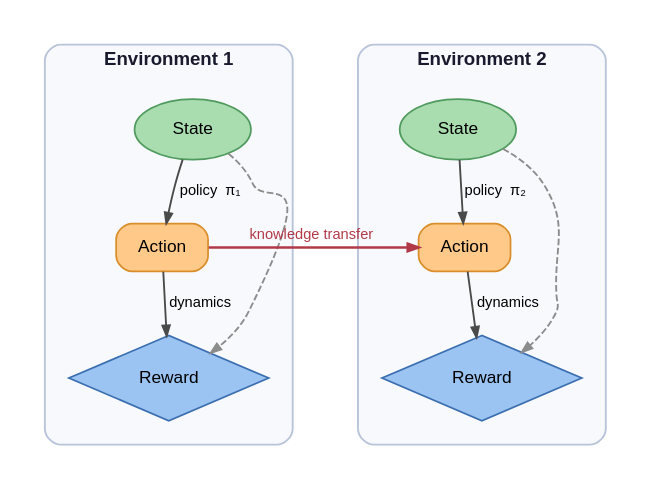
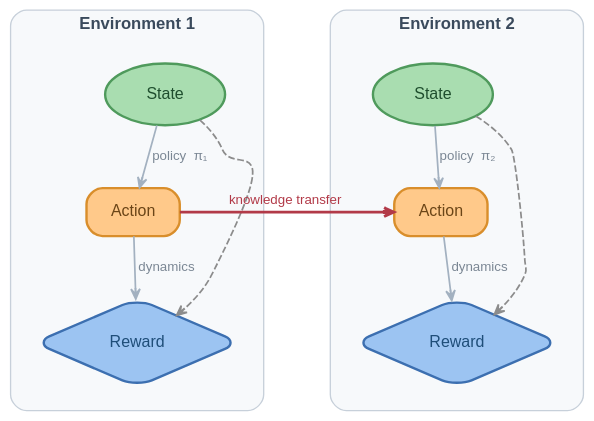
The third of 5 diagrams in .claude/templates/graphviz.template.md (causify-ai/helpers), drawn with Graphviz before and after one commit. The commit also changed other lines of this file and 86 other files, not shown here.

````diff
--- a/.claude/templates/graphviz.template.md
+++ b/.claude/templates/graphviz.template.md
@@ -340,49 +167,45 @@
 ```graphviz
 digraph Transfer {
+    bgcolor="transparent";
+    pad="0.15";
     rankdir=TB;
     splines=spline;
     nodesep=0.6;
     ranksep=0.5;
-    bgcolor="white";
     compound=true;
     newrank=true;
 
-    graph [
-        fontname="Helvetica",
-        pad="0.25"
-    ];
+    node [shape=box,
+          style="rounded,filled",
+          penwidth=1.8,
+          fontname="Helvetica",
+          fontsize=12,
+          margin="0.22,0.14",
+          height=0.50];
 
-    node [
-        fontname="Helvetica",
-        fontsize=13,
-        style="filled",
-        shape="box",
-        penwidth=1.3,
-        margin="0.18,0.12"
-    ];
-
-    edge [
-        fontname="Helvetica",
-        fontsize=11,
-        color="#4A4A4A",
-        penwidth=1.4,
-        arrowsize=0.8
-    ];
+    edge [color="#A3B1C0",
+          penwidth=1.3,
+          arrowhead=vee,
+          arrowsize=0.75,
+          fontname="Helvetica",
+          fontsize=10,
+          fontcolor="#7B8794"];
 
     subgraph cluster_env1 {
-        label="Environment 1";
-        fontname="Helvetica-Bold";
-        fontsize=14;
-        fontcolor="#1A1A2E";
-        style="rounded,filled";
-        fillcolor="#F7F9FC";
-        color="#B8C4D9";
-        penwidth=1.4;
-        margin=18;
+        label     = "Environment 1";
+        labelloc  = "t";
+        fontname  = "Helvetica-Bold";
+        fontsize  = 12.5;
+        fontcolor = "#3A4A5C";
+        style     = "rounded,filled";
+        fillcolor = "#F7F9FB";
+        color     = "#C7D0DA";
+        penwidth  = 1.0;
+        margin    = 18;
 
-        S1 [label="State", shape="ellipse", fillcolor="#A9DDB0", color="#4F9A5C"];
-        A1 [label="Action", shape="box", style="filled,rounded", fillcolor="#FFC98A", color="#D98E2B"];
-        R1 [label="Reward", shape="diamond", fillcolor="#9CC4F2", color="#3C6FB0"];
+        S1 [label="State", shape="ellipse", fillcolor="#A9DDB0", color="#4F9A5C", fontcolor="#1F4E2E"];
+        A1 [label="Action", fillcolor="#FFC98A", color="#D98E2B", fontcolor="#6B4517"];
+        R1 [label="Reward", shape="diamond", fillcolor="#9CC4F2", color="#3C6FB0", fontcolor="#1F4E79"];
 
         S1 -> A1 [label="policy  π₁"];
         A1 -> R1 [label="dynamics"];
@@ -390,19 +213,20 @@
     }
 
     subgraph cluster_env2 {
-        label="Environment 2";
-        fontname="Helvetica-Bold";
-        fontsize=14;
-        fontcolor="#1A1A2E";
-        style="rounded,filled";
-        fillcolor="#F7F9FC";
-        color="#B8C4D9";
-        penwidth=1.4;
-        margin=18;
+        label     = "Environment 2";
+        labelloc  = "t";
+        fontname  = "Helvetica-Bold";
+        fontsize  = 12.5;
+        fontcolor = "#3A4A5C";
+        style     = "rounded,filled";
+        fillcolor = "#F7F9FB";
+        color     = "#C7D0DA";
+        penwidth  = 1.0;
+        margin    = 18;
 
-        S2 [label="State", shape="ellipse", fillcolor="#A9DDB0", color="#4F9A5C"];
-        A2 [label="Action", shape="box", style="filled,rounded", fillcolor="#FFC98A", color="#D98E2B"];
-        R2 [label="Reward", shape="diamond", fillcolor="#9CC4F2", color="#3C6FB0"];
+        S2 [label="State", shape="ellipse", fillcolor="#A9DDB0", color="#4F9A5C", fontcolor="#1F4E2E"];
+        A2 [label="Action", fillcolor="#FFC98A", color="#D98E2B", fontcolor="#6B4517"];
+        R2 [label="Reward", shape="diamond", fillcolor="#9CC4F2", color="#3C6FB0", fontcolor="#1F4E79"];
 
         S2 -> A2 [label="policy  π₂"];
         A2 -> R2 [label="dynamics"];
````
